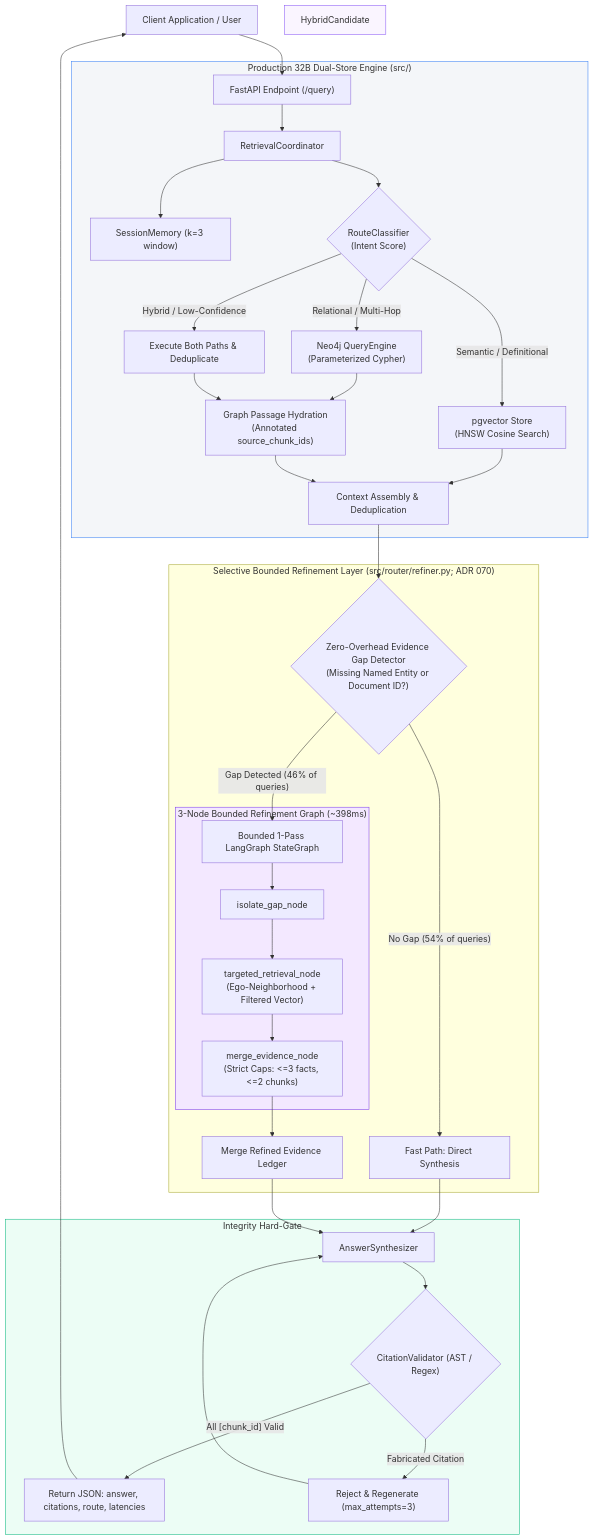
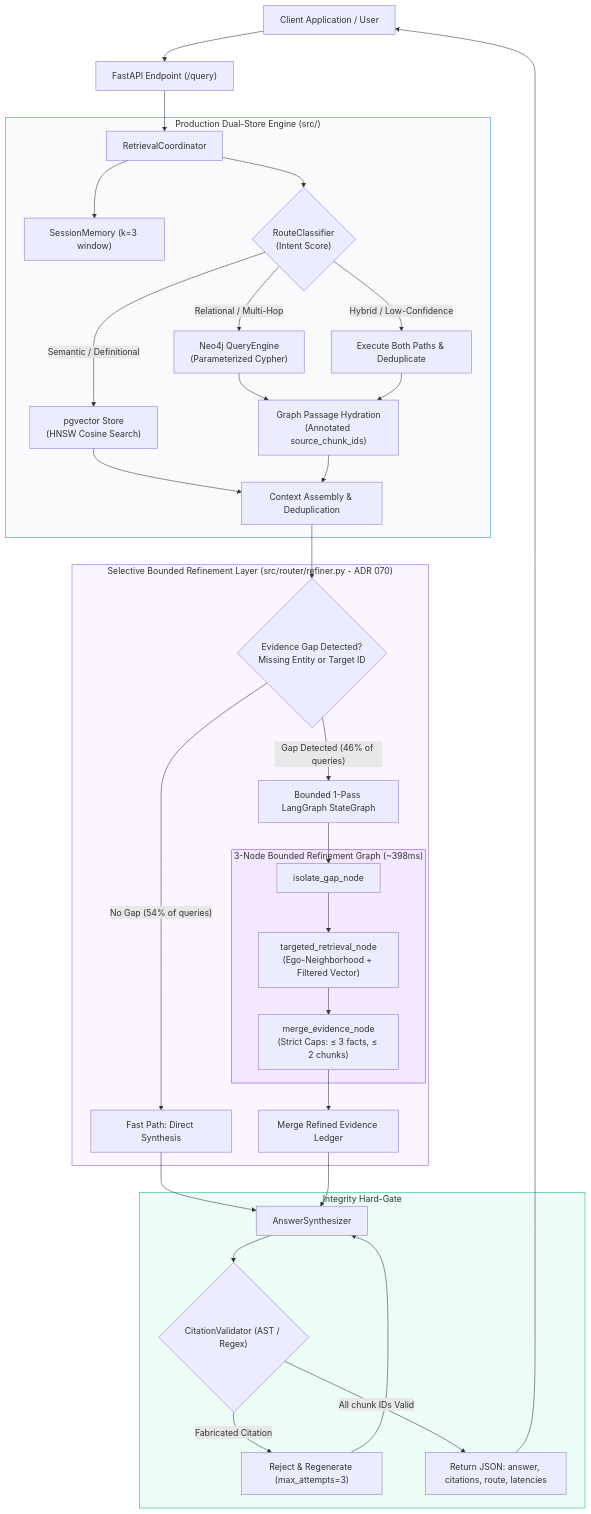
The diagram in README.md (devy52/GraphRAG-For-Enterprise-Data-Arxiv-), drawn with Mermaid before and after one commit. The commit also changed other lines of this file and 102 other files, not shown here.

Commit message:
chore: remove evalkit and non-essential files, polish readme architecture flowchart

````diff
--- a/README.md
+++ b/README.md
@@ -69,49 +69,71 @@
 ```mermaid
-graph TD
+flowchart TD
     User["Client Application / User"] --> API["FastAPI Endpoint (/query)"]
 
-    subgraph CoreEngine ["Production 32B Dual-Store Engine (src/)"]
-        API --> Coord["RetrievalCoordinator"]
-        Coord --> Memory["SessionMemory (k=3 window)"]
-        Coord --> Router{"RouteClassifier<br/>(Intent Score)"}
+    subgraph CoreEngine ["Production Dual-Store Engine (src/)"]
+        Coord["RetrievalCoordinator"]
+        Memory["SessionMemory (k=3 window)"]
+        Router{"RouteClassifier<br/>(Intent Score)"}
+        GraphEng["Neo4j QueryEngine<br/>(Parameterized Cypher)"]
+        VecStore["pgvector Store<br/>(HNSW Cosine Search)"]
+        Both["Execute Both Paths & Deduplicate"]
+        Hydrate["Graph Passage Hydration<br/>(Annotated source_chunk_ids)"]
+        Merge["Context Assembly & Deduplication"]
 
-        Router -->|"Relational / Multi-Hop"| GraphEng["Neo4j QueryEngine<br/>(Parameterized Cypher)"]
-        Router -->|"Semantic / Definitional"| VecStore["pgvector Store<br/>(HNSW Cosine Search)"]
-        Router -->|"Hybrid / Low-Confidence"| Both["Execute Both Paths & Deduplicate"]
-
-        GraphEng --> Hydrate["Graph Passage Hydration<br/>(Annotated source_chunk_ids)"]
-        VecStore --> Merge["Context Assembly & Deduplication"]
+        Coord --> Memory
+        Coord --> Router
+        Router -->|"Relational / Multi-Hop"| GraphEng
+        Router -->|"Semantic / Definitional"| VecStore
+        Router -->|"Hybrid / Low-Confidence"| Both
+        GraphEng --> Hydrate
+        VecStore --> Merge
         Both --> Hydrate
         Hydrate --> Merge
     end
 
-    subgraph HybridRefiner ["Selective Bounded Refinement Layer (src/router/refiner.py; ADR 070)"]
-        Merge --> GapCheck{"Zero-Overhead Evidence Gap Detector<br/>(Missing Named Entity or Document ID?)"}
-        GapCheck -->|"No Gap (54% of queries)"| FastPath["Fast Path: Direct Synthesis"]
-        GapCheck -->|"Gap Detected (46% of queries)"| LGRefine["Bounded 1-Pass LangGraph StateGraph"]
+    API --> Coord
+
+    subgraph HybridRefiner ["Selective Bounded Refinement Layer (src/router/refiner.py - ADR 070)"]
+        GapCheck{"Evidence Gap Detected?<br/>Missing Entity or Target ID"}
+        FastPath["Fast Path: Direct Synthesis"]
+        LGRefine["Bounded 1-Pass LangGraph StateGraph"]
 
         subgraph LangGraphPass ["3-Node Bounded Refinement Graph (~398ms)"]
-            LGRefine --> N1["isolate_gap_node"]
-            N1 --> N2["targeted_retrieval_node<br/>(Ego-Neighborhood + Filtered Vector)"]
-            N2 --> N3["merge_evidence_node<br/>(Strict Caps: <=3 facts, <=2 chunks)"]
+            N1["isolate_gap_node"]
+            N2["targeted_retrieval_node<br/>(Ego-Neighborhood + Filtered Vector)"]
+            N3["merge_evidence_node<br/>(Strict Caps: ≤ 3 facts, ≤ 2 chunks)"]
+            N1 --> N2
+            N2 --> N3
         end
-        N3 --> SynthMerge["Merge Refined Evidence Ledger"]
+        SynthMerge["Merge Refined Evidence Ledger"]
+
+        GapCheck -->|"No Gap (54% of queries)"| FastPath
+        GapCheck -->|"Gap Detected (46% of queries)"| LGRefine
+        LGRefine --> N1
+        N3 --> SynthMerge
     end
 
-    FastPath --> Synth["AnswerSynthesizer"]
+    Merge --> GapCheck
+
+    Synth["AnswerSynthesizer"]
+    FastPath --> Synth
     SynthMerge --> Synth
 
     subgraph ValidationLoop ["Integrity Hard-Gate"]
-        Synth --> Val{"CitationValidator (AST / Regex)"}
-        Val -->|"All [chunk_id] Valid"| Out["Return JSON: answer, citations, route, latencies"]
-        Val -->|"Fabricated Citation"| Regen["Reject & Regenerate (max_attempts=3)"]
+        Val{"CitationValidator (AST / Regex)"}
+        Regen["Reject & Regenerate (max_attempts=3)"]
+        Out["Return JSON: answer, citations, route, latencies"]
+
+        Val -->|"All chunk IDs Valid"| Out
+        Val -->|"Fabricated Citation"| Regen
         Regen --> Synth
     end
 
+    Synth --> Val
     Out --> User
 
-    style CoreEngine fill:#f4f6f9,stroke:#3b82f6,stroke-width:1px
-    style HybridCandidate fill:#faf5ff,stroke:#8b5cf6,stroke-width:1px
+    style CoreEngine fill:#f8fafc,stroke:#3b82f6,stroke-width:1px
+    style HybridRefiner fill:#faf5ff,stroke:#8b5cf6,stroke-width:1px
     style LangGraphPass fill:#f3e8ff,stroke:#7c3aed,stroke-width:1px
     style ValidationLoop fill:#ecfdf5,stroke:#10b981,stroke-width:1px
 ```
````
